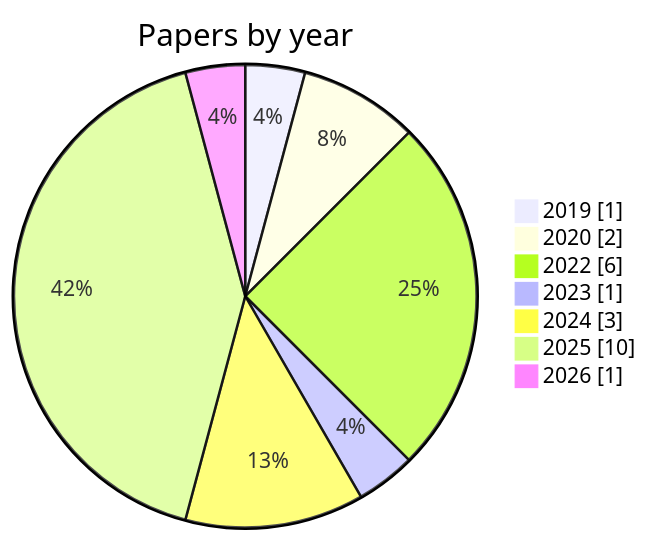
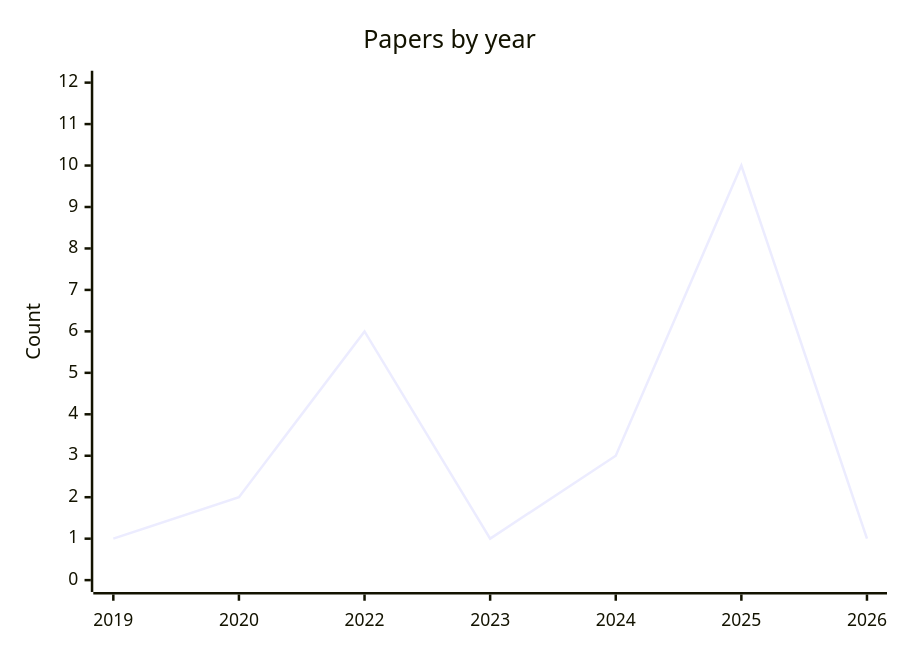
The third of 4 diagrams in README.md (FeifanWang1029/Energy-AIoT-Survey), drawn with Mermaid before and after one commit. The commit also changed other lines of this file, not shown here.

````diff
--- a/README.md
+++ b/README.md
@@ -302,11 +302,7 @@
 ```mermaid
-pie showData
-    title Papers by year
-    "2019" : 1
-    "2020" : 2
-    "2022" : 6
-    "2023" : 1
-    "2024" : 3
-    "2025" : 10
-    "2026" : 1
+xychart
+    title "Papers by year"
+    x-axis [2019, 2020, 2022, 2023, 2024, 2025, 2026]
+    y-axis "Count" 0 --> 12
+    line [1, 2, 6, 1, 3, 10, 1]
 ```
````
